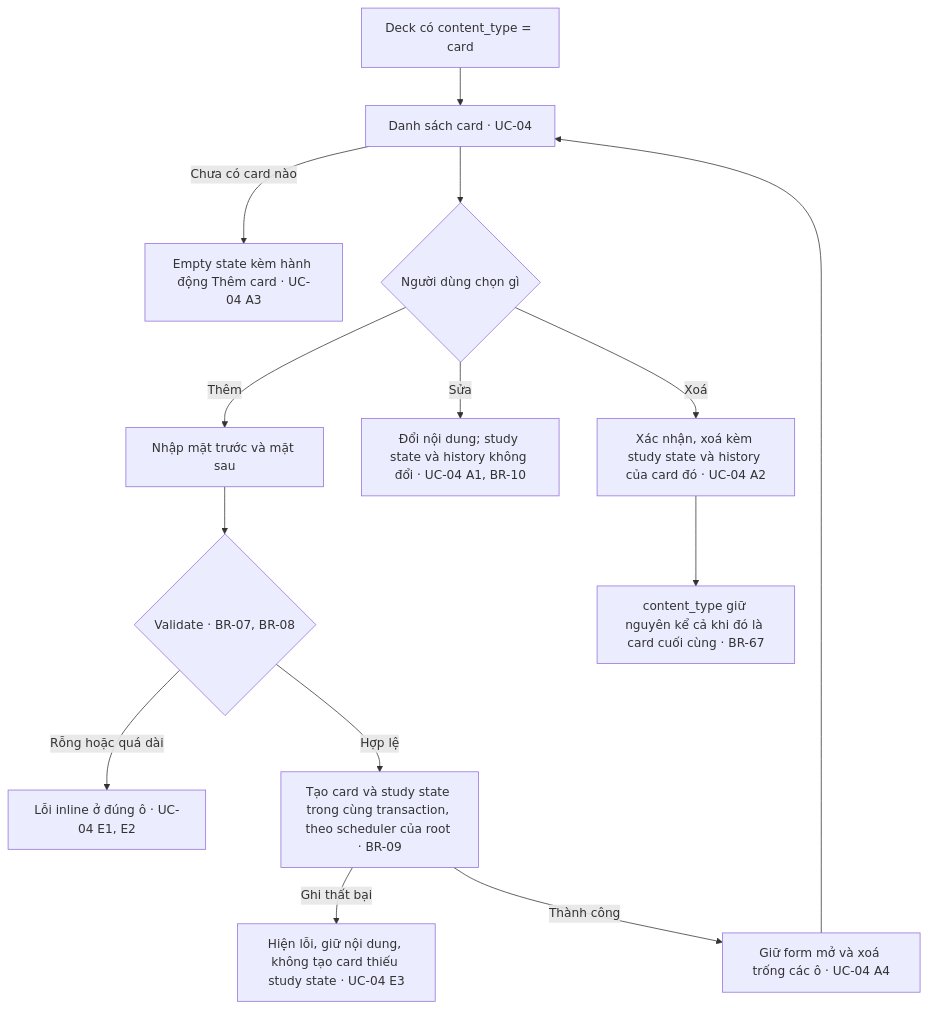
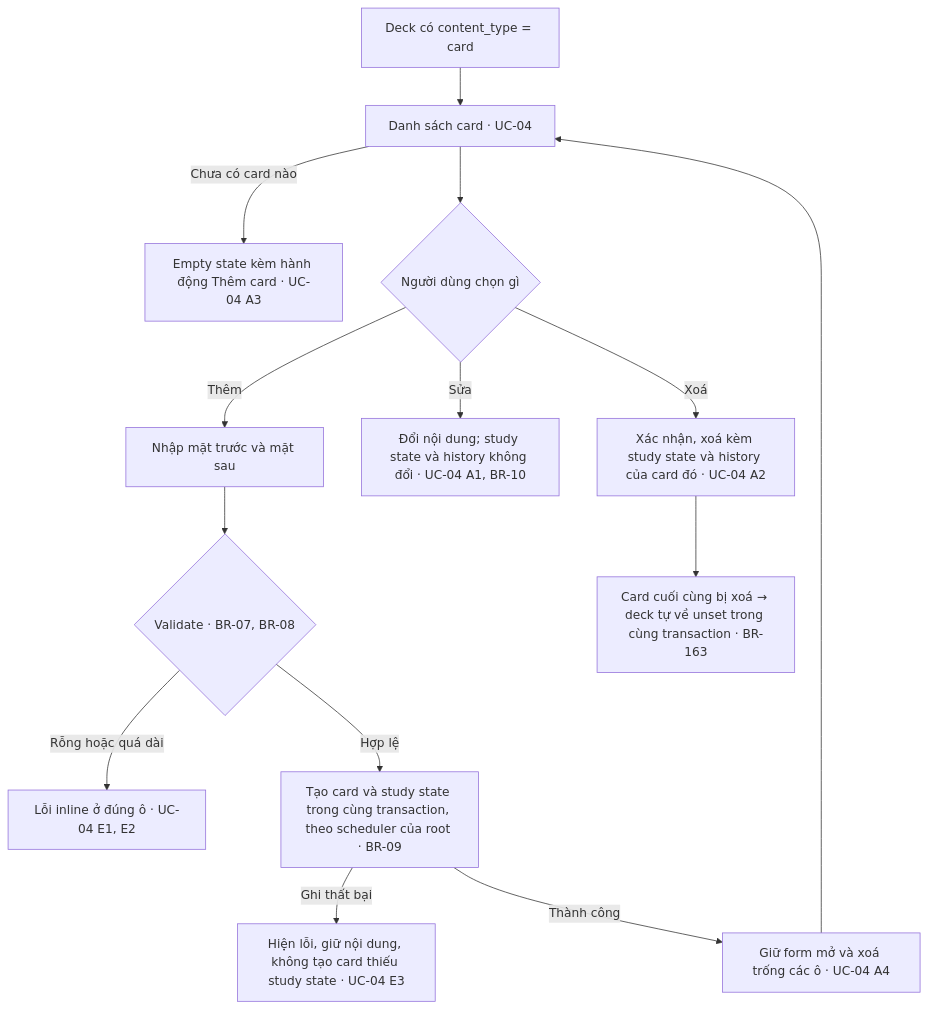
Before and after one commit to ntgptit/memox-v7: the third of 4 diagrams in docs/master-flow.md, drawn with Mermaid. The commit also changed other lines of this file and 55 other files, not shown here.

````diff
--- a/docs/master-flow.md
+++ b/docs/master-flow.md
@@ -133,19 +133,19 @@
 ```mermaid
 flowchart TD
     A["Deck có content_type = card"] --> B["Danh sách card · UC-04"]
     B -->|"Chưa có card nào"| B1["Empty state kèm hành động Thêm card · UC-04 A3"]
 
     B --> C{"Người dùng chọn gì"}
 
     C -->|"Thêm"| D["Nhập mặt trước và mặt sau"]
     D --> E{"Validate · BR-07, BR-08"}
     E -->|"Rỗng hoặc quá dài"| E1["Lỗi inline ở đúng ô · UC-04 E1, E2"]
     E -->|"Hợp lệ"| F["Tạo card và study state trong cùng transaction, theo scheduler của root · BR-09"]
     F -->|"Ghi thất bại"| F1["Hiện lỗi, giữ nội dung, không tạo card thiếu study state · UC-04 E3"]
     F -->|"Thành công"| G["Giữ form mở và xoá trống các ô · UC-04 A4"]
     G --> B
 
     C -->|"Sửa"| H["Đổi nội dung; study state và history không đổi · UC-04 A1, BR-10"]
     C -->|"Xoá"| I["Xác nhận, xoá kèm study state và history của card đó · UC-04 A2"]
-    I --> I1["content_type giữ nguyên kể cả khi đó là card cuối cùng · BR-67"]
+    I --> I1["Card cuối cùng bị xoá → deck tự về unset trong cùng transaction · BR-163"]
 ```
````
